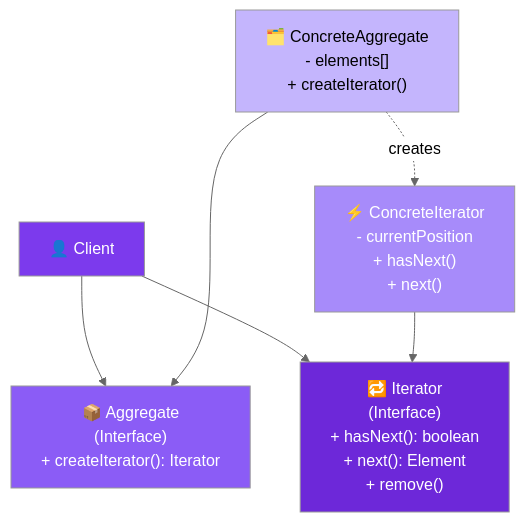
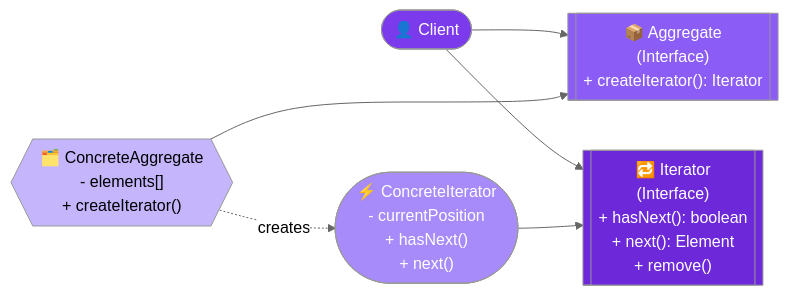
Before and after one commit to saivamsikaruturi/vamsilabs-dev-notes-main: the second of 3 diagrams in docs/designpatterns/behaviouralDesignPatterns/Iterator.md, drawn with Mermaid (neutral theme). The commit also changed other lines of this file and 146 other files, not shown here.

Commit message:
Horizontal diagrams, UML class diagrams, typography overhaul, and permalink cleanup

````diff
--- a/docs/designpatterns/behaviouralDesignPatterns/Iterator.md
+++ b/docs/designpatterns/behaviouralDesignPatterns/Iterator.md
@@ -31,20 +31,20 @@
 ```mermaid
-flowchart TD
-    Client["👤 Client"]
-    Iterator["🔁 Iterator\n(Interface)\n+ hasNext(): boolean\n+ next(): Element\n+ remove()"]
-    ConcreteIterator["⚡ ConcreteIterator\n- currentPosition\n+ hasNext()\n+ next()"]
-    Aggregate["📦 Aggregate\n(Interface)\n+ createIterator(): Iterator"]
-    ConcreteAggregate["🗂️ ConcreteAggregate\n- elements[]\n+ createIterator()"]
+flowchart LR
+    Client(["👤 Client"])
+    Iterator[["🔁 Iterator\n(Interface)\n+ hasNext(): boolean\n+ next(): Element\n+ remove()"]]
+    ConcreteIterator(["⚡ ConcreteIterator\n- currentPosition\n+ hasNext()\n+ next()"])
+    Aggregate[["📦 Aggregate\n(Interface)\n+ createIterator(): Iterator"]]
+    ConcreteAggregate{{"🗂️ ConcreteAggregate\n- elements[]\n+ createIterator()"}}
 
     Client --> Iterator
     Client --> Aggregate
     ConcreteIterator --> Iterator
     ConcreteAggregate --> Aggregate
     ConcreteAggregate -.->|"creates"| ConcreteIterator
 
     style Client fill:#7c3aed,color:#fff
     style Iterator fill:#6d28d9,color:#fff
     style ConcreteIterator fill:#a78bfa,color:#fff
     style Aggregate fill:#8b5cf6,color:#fff
     style ConcreteAggregate fill:#c4b5fd,color:#000
 ```
````
